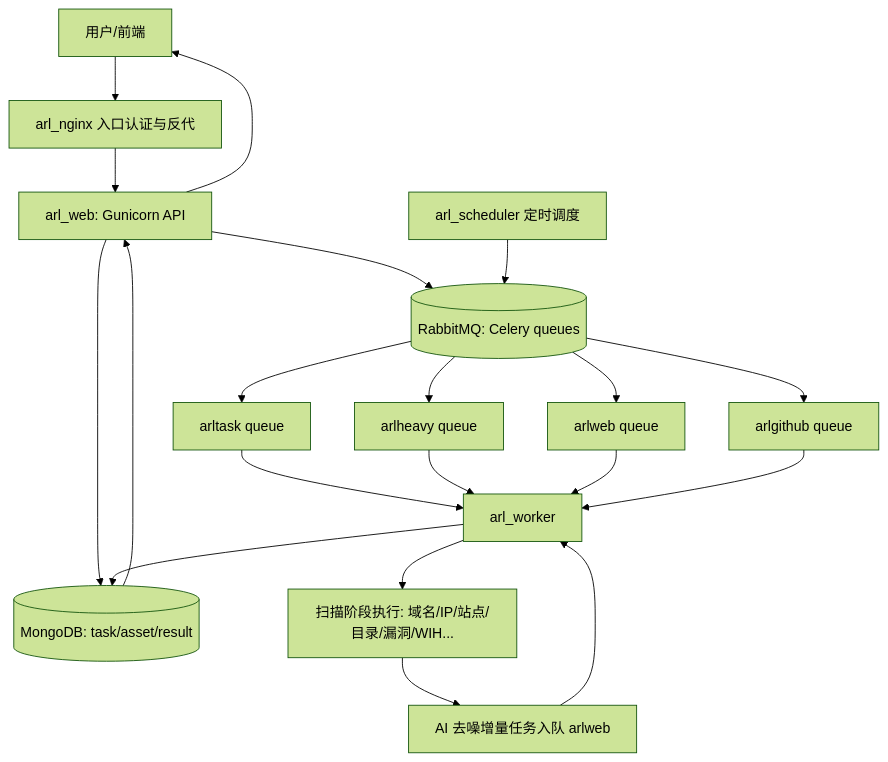
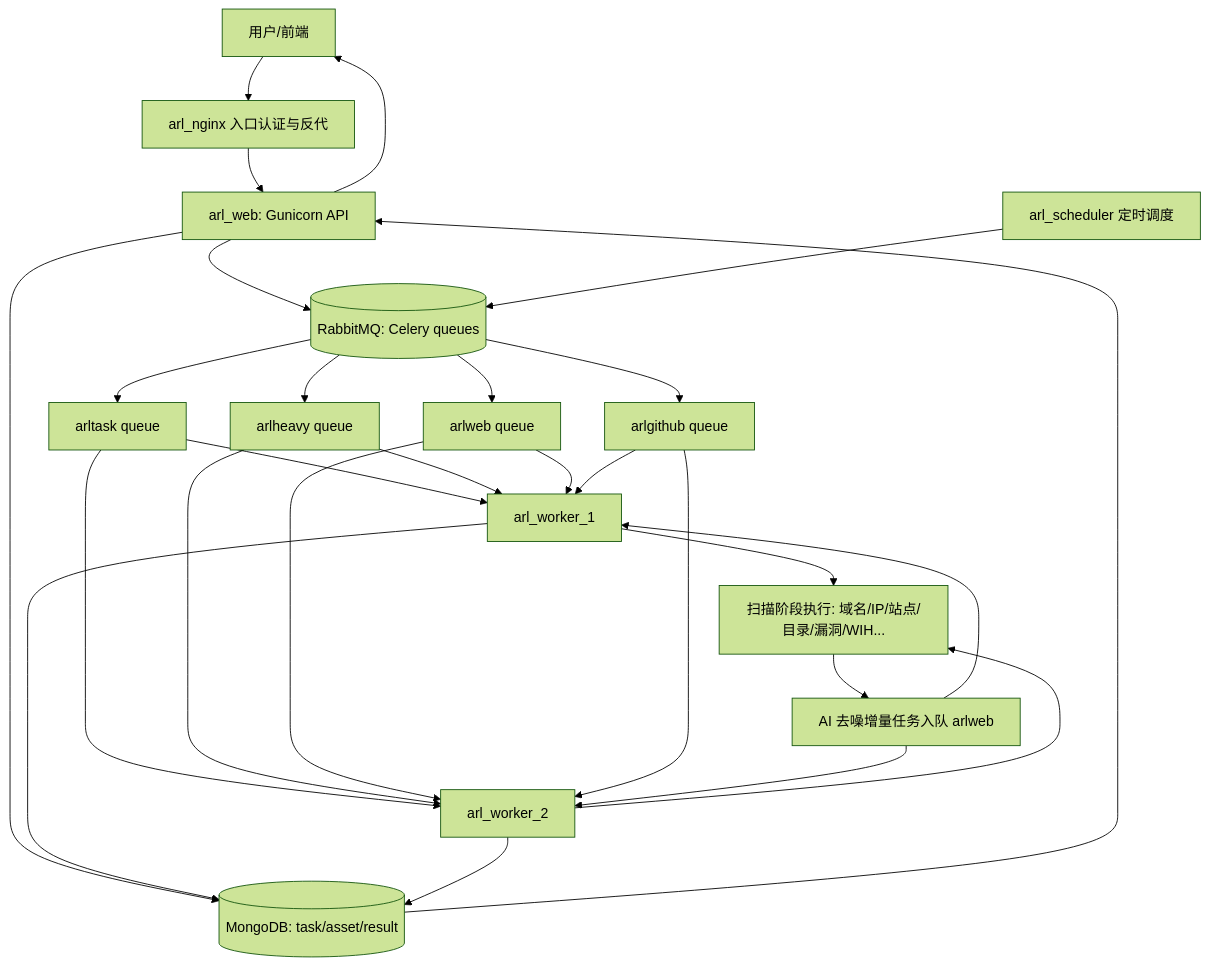
Before and after one commit to wpsec/ARL-Source-Install: the first of 3 diagrams in docs/容器职责与任务流程分析.md, drawn with Mermaid (forest theme). The commit also changed other lines of this file and 1 other file, not shown here.

````diff
--- a/docs/容器职责与任务流程分析.md
+++ b/docs/容器职责与任务流程分析.md
@@ -75,27 +83,35 @@
 ```mermaid
 flowchart TD
   U[用户/前端] --> N[arl_nginx 入口认证与反代]
   N --> W[arl_web: Gunicorn API]
   W --> M[(MongoDB: task/asset/result)]
   W --> R[(RabbitMQ: Celery queues)]
 
   S[arl_scheduler 定时调度] --> R
 
   R --> Q1[arltask queue]
   R --> Q2[arlheavy queue]
   R --> Q3[arlweb queue]
   R --> Q4[arlgithub queue]
 
-  Q1 --> WK[arl_worker]
-  Q2 --> WK
-  Q3 --> WK
-  Q4 --> WK
+  Q1 --> WK1[arl_worker_1]
+  Q2 --> WK1
+  Q3 --> WK1
+  Q4 --> WK1
 
-  WK --> SCAN[扫描阶段执行: 域名/IP/站点/目录/漏洞/WIH...]
+  Q1 --> WK2[arl_worker_2]
+  Q2 --> WK2
+  Q3 --> WK2
+  Q4 --> WK2
+
+  WK1 --> SCAN[扫描阶段执行: 域名/IP/站点/目录/漏洞/WIH...]
+  WK2 --> SCAN
   SCAN --> AID[AI 去噪增量任务入队 arlweb]
-  AID --> WK
-  WK --> M
+  AID --> WK1
+  AID --> WK2
+  WK1 --> M
+  WK2 --> M
 
   M --> W
   W --> U
 ```
````
